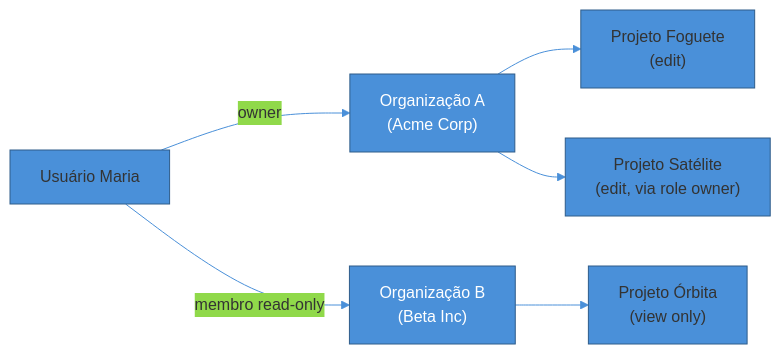
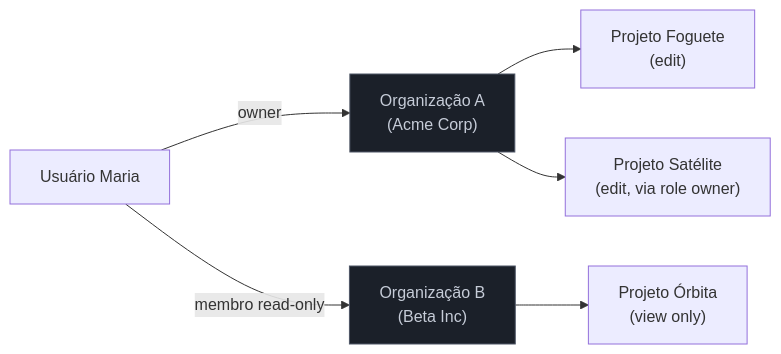
Before and after one commit to josenaldo/codex-technomanticus: the third of 4 diagrams in 03-Dominios/Engenharia/Auth e Identidade/Capstone — Desenhando a identidade de um SaaS B2B do zero.md, drawn with Mermaid. The commit also changed other lines of this file and 1181 other files, not shown here.

First line of the commit message:
fix(diagramas): paleta do sistema no lugar de cor cravada no markdown

````diff
--- a/03-Dominios/Engenharia/Auth e Identidade/Capstone — Desenhando a identidade de um SaaS B2B do zero.md
+++ b/03-Dominios/Engenharia/Auth e Identidade/Capstone — Desenhando a identidade de um SaaS B2B do zero.md
@@ -137,12 +139,12 @@
 ```mermaid
-%%{init: {"theme": "base", "themeVariables": {"primaryColor": "#4A90D9", "primaryBorderColor": "#2E5C8A", "lineColor": "#4A90D9"}}}%%
 graph LR
+    classDef neutro fill:#1B2029,stroke:#4E5666,color:#C6CCD8
     U["Usuário Maria"] -->|"owner"| OrgA["Organização A<br/>(Acme Corp)"]
     U -->|"membro read-only"| OrgB["Organização B<br/>(Beta Inc)"]
     OrgA --> P1["Projeto Foguete<br/>(edit)"]
     OrgA --> P2["Projeto Satélite<br/>(edit, via role owner)"]
     OrgB --> P3["Projeto Órbita<br/>(view only)"]
 
-    style OrgA fill:#4A90D9,color:#fff
-    style OrgB fill:#4A90D9,color:#fff
+    class OrgA neutro
+    class OrgB neutro
 ```
````
